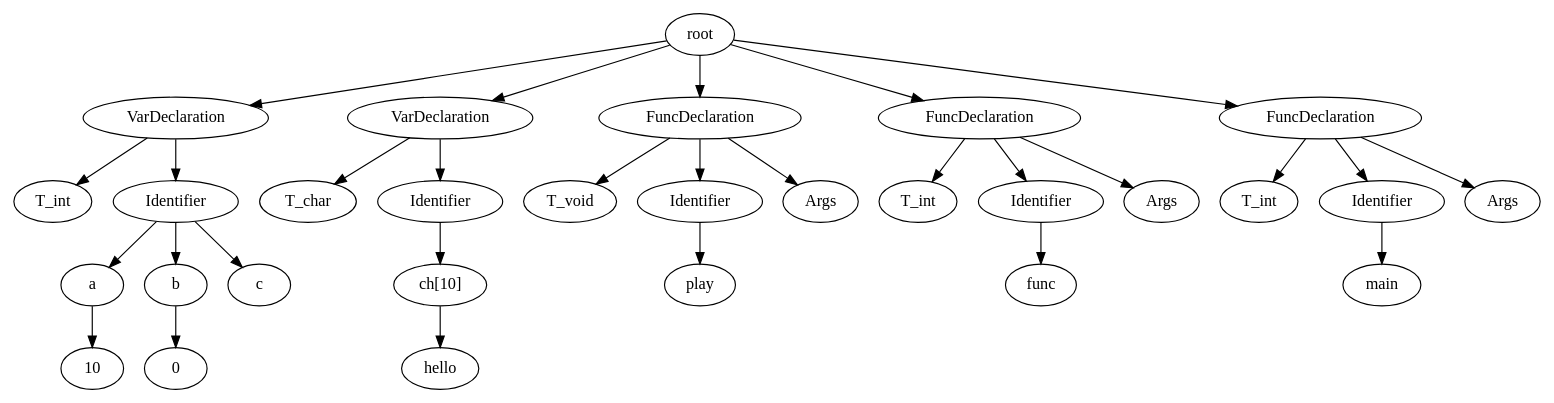
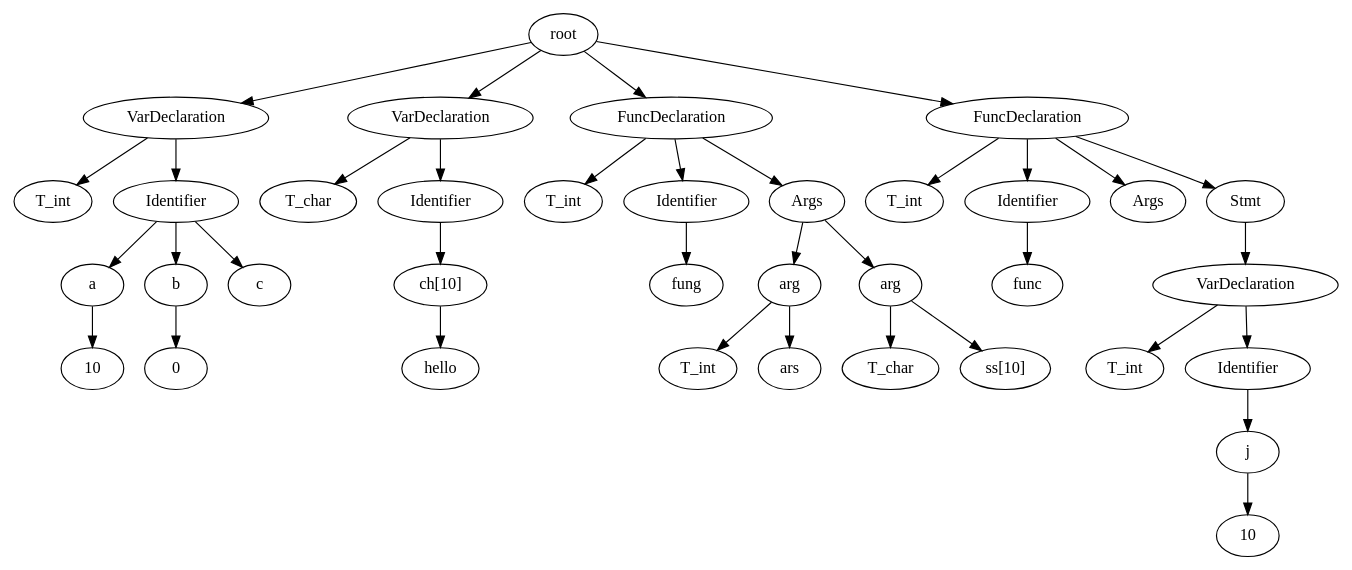
The diagram in round-table.gv (Jstar49/starCC), drawn with Graphviz before and after one commit. The commit also changed 4 other files, not shown here.

```diff
--- a/round-table.gv
+++ b/round-table.gv
@@ -1,60 +1,74 @@
 // root
 digraph {
 	None [label=root]
 	0 [label=VarDeclaration]
 	None -> 0
 	1 [label=T_int]
 	0 -> 1
 	2 [label=Identifier]
 	0 -> 2
 	3 [label=a]
 	2 -> 3
 	4 [label=10]
 	3 -> 4
 	5 [label=b]
 	2 -> 5
 	6 [label=0]
 	5 -> 6
 	7 [label=c]
 	2 -> 7
 	8 [label=VarDeclaration]
 	None -> 8
 	9 [label=T_char]
 	8 -> 9
 	10 [label=Identifier]
 	8 -> 10
 	11 [label="ch[10]"]
 	10 -> 11
 	12 [label=hello]
 	11 -> 12
 	13 [label=FuncDeclaration]
 	None -> 13
-	14 [label=T_void]
+	14 [label=T_int]
 	13 -> 14
 	15 [label=Identifier]
 	13 -> 15
-	16 [label=play]
+	16 [label=fung]
 	15 -> 16
 	17 [label=Args]
 	13 -> 17
-	18 [label=FuncDeclaration]
-	None -> 18
+	18 [label=arg]
+	17 -> 18
 	19 [label=T_int]
 	18 -> 19
-	20 [label=Identifier]
+	20 [label=ars]
 	18 -> 20
-	21 [label=func]
-	20 -> 21
-	22 [label=Args]
-	18 -> 22
-	23 [label=FuncDeclaration]
-	None -> 23
-	24 [label=T_int]
-	23 -> 24
-	25 [label=Identifier]
-	23 -> 25
-	26 [label=main]
-	25 -> 26
-	27 [label=Args]
-	23 -> 27
+	21 [label=arg]
+	17 -> 21
+	22 [label=T_char]
+	21 -> 22
+	23 [label="ss[10]"]
+	21 -> 23
+	24 [label=FuncDeclaration]
+	None -> 24
+	25 [label=T_int]
+	24 -> 25
+	26 [label=Identifier]
+	24 -> 26
+	27 [label=func]
+	26 -> 27
+	28 [label=Args]
+	24 -> 28
+	29 [label=Stmt]
+	24 -> 29
+	30 [label=VarDeclaration]
+	29 -> 30
+	31 [label=T_int]
+	30 -> 31
+	32 [label=Identifier]
+	30 -> 32
+	33 [label=j]
+	32 -> 33
+	34 [label=10]
+	33 -> 34
 }
```
